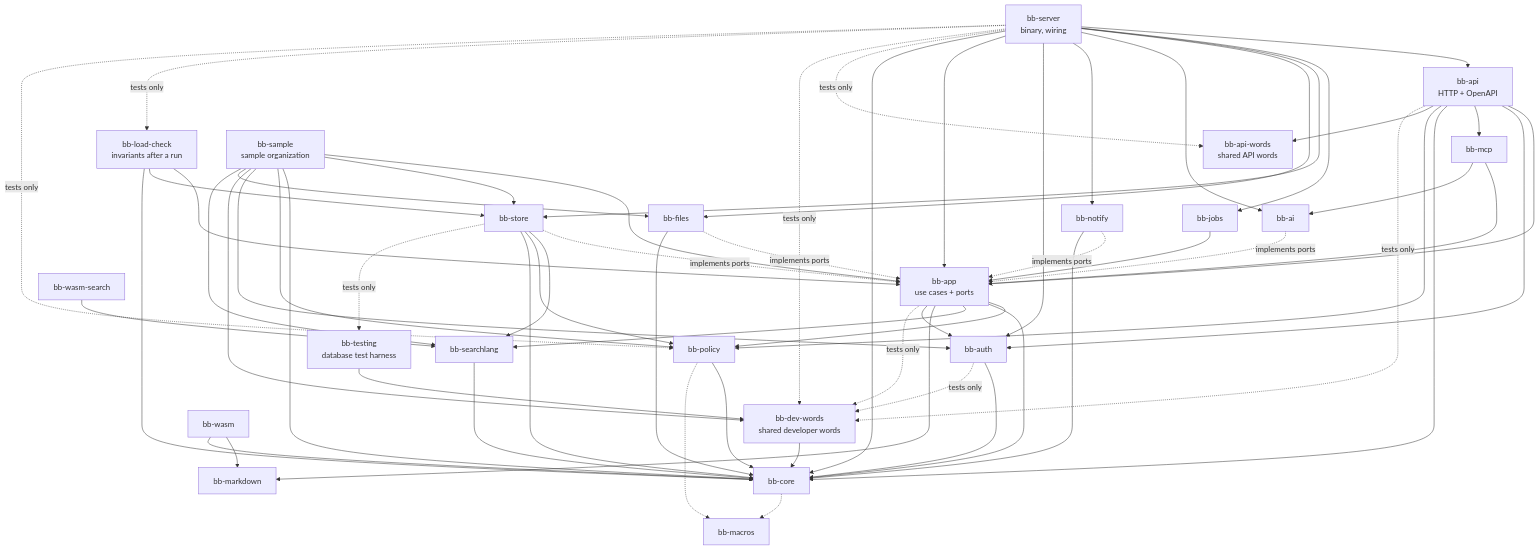
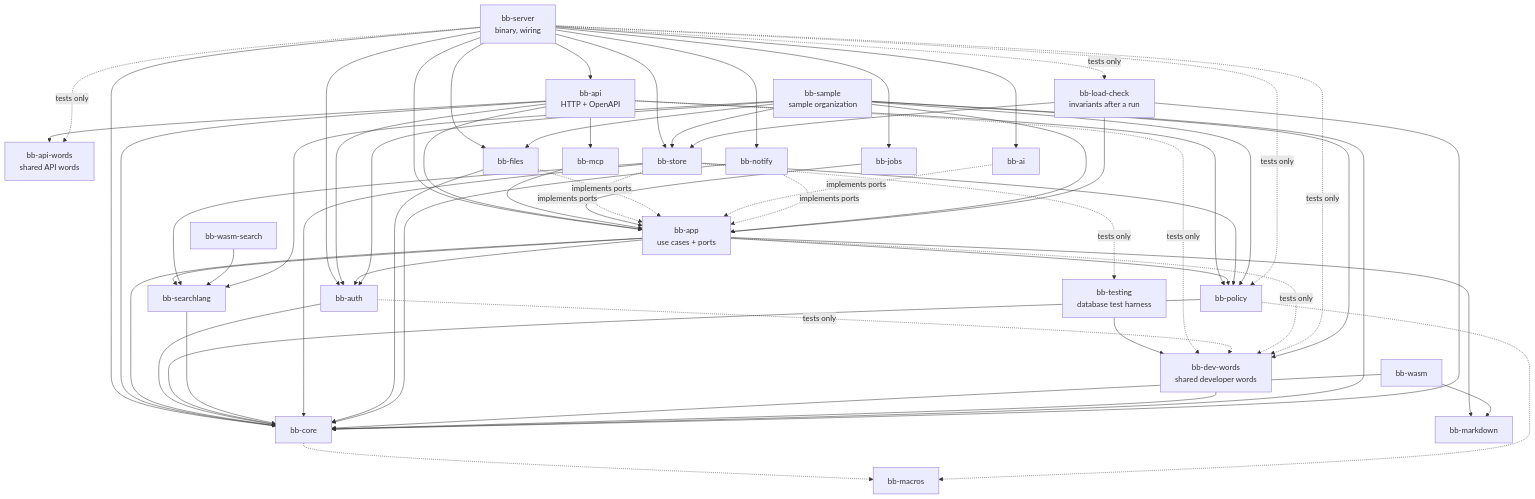
The diagram in docs/architecture/04-building-blocks.md (Nusi42/Bugaboo), drawn with Mermaid before and after one commit. The commit also changed other lines of this file and 6 other files, not shown here.

First line of the commit message:
docs(architecture): place the AI parts and plan their threats

````diff
--- a/docs/architecture/04-building-blocks.md
+++ b/docs/architecture/04-building-blocks.md
@@ -51,57 +51,57 @@
 ```mermaid
 flowchart TB
   server["bb-server<br/>binary, wiring"]
   api["bb-api<br/>HTTP + OpenAPI"]
   words["bb-api-words<br/>shared API words"]
   devwords["bb-dev-words<br/>shared developer words"]
   mcp["bb-mcp"]
   app["bb-app<br/>use cases + ports"]
   policy["bb-policy"]
   core["bb-core"]
   macros["bb-macros"]
   search["bb-searchlang"]
   md["bb-markdown"]
   store["bb-store"]
   files["bb-files"]
   auth["bb-auth"]
   ai["bb-ai"]
   notify["bb-notify"]
   jobs["bb-jobs"]
   wasm["bb-wasm"]
   wasmsearch["bb-wasm-search"]
   testing["bb-testing<br/>database test harness"]
   sample["bb-sample<br/>sample organization"]
   loadcheck["bb-load-check<br/>invariants after a run"]
 
   server --> api & jobs & store & files & ai & notify & auth & app & core
   api --> app & auth & mcp & core & policy & words
-  mcp --> app & ai
+  mcp --> app
   jobs --> app
   app --> policy & core & search & md & auth
   auth --> core
   policy --> core
   core -.-> macros
   policy -.-> macros
   search --> core
   store -. implements ports .-> app
   files -. implements ports .-> app
   ai -. implements ports .-> app
   notify -. implements ports .-> app
   store --> search & policy & core
   files --> core
   notify --> core
   wasm --> md & core
   wasmsearch --> search
   store -. tests only .-> testing
   server -. tests only .-> words
   testing --> devwords
   devwords --> core
   api -. tests only .-> devwords
   auth -. tests only .-> devwords
   app -. tests only .-> devwords
   server -. tests only .-> devwords
   sample --> app & store & core & policy & auth & devwords & files & search
   loadcheck --> app & store & core
   server -. tests only .-> loadcheck
   server -. tests only .-> policy
 ```
````
